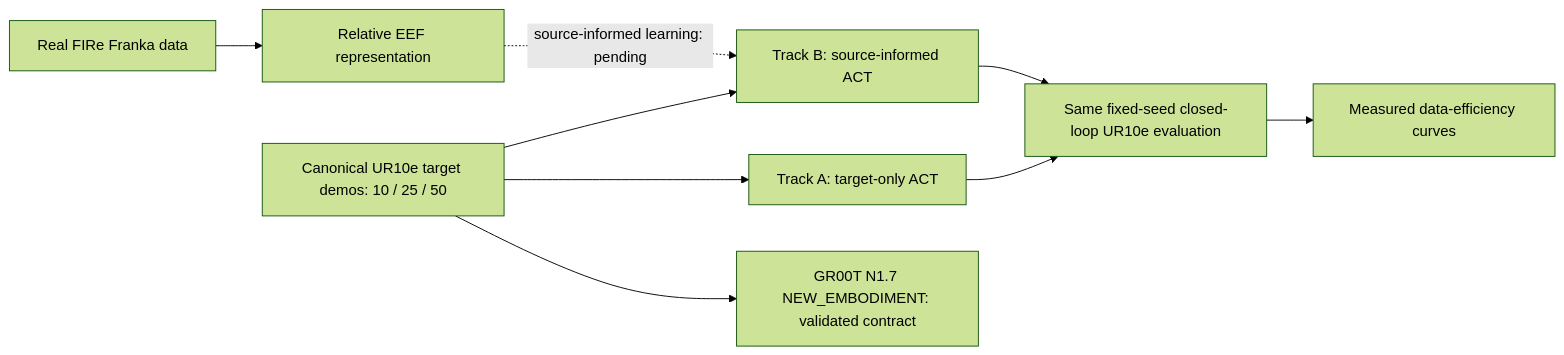
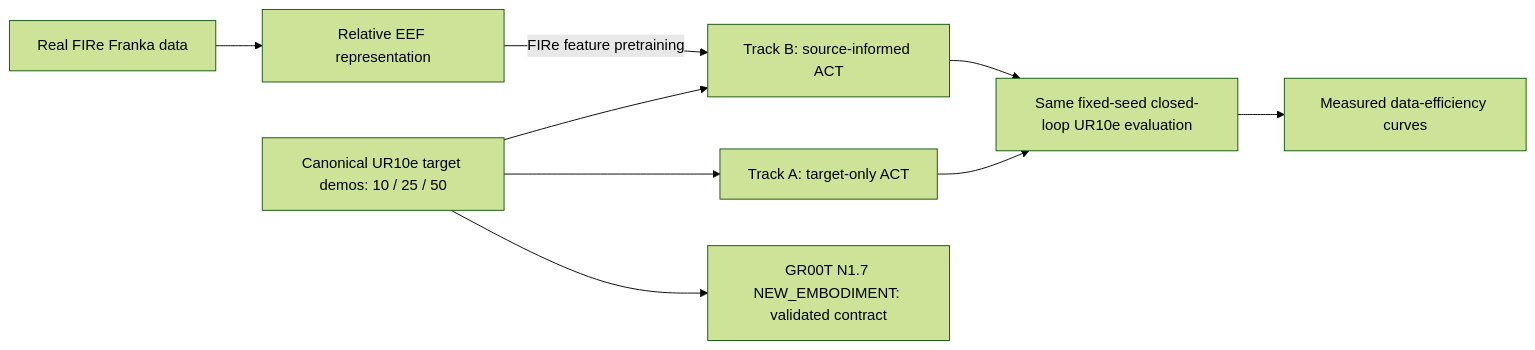
The diagram in README.md (sionchu/cross-embodiment-robot-transfer), drawn with Mermaid (forest theme) before and after one commit. The commit also changed other lines of this file and 7 other files, not shown here.

````diff
--- a/README.md
+++ b/README.md
@@ -23,11 +23,11 @@
 ```mermaid
 flowchart LR
   F[Real FIRe Franka data] --> R[Relative EEF representation]
-  R -. source-informed learning: pending .-> B[Track B: source-informed ACT]
+  R -->|FIRe feature pretraining| B[Track B: source-informed ACT]
   D[Canonical UR10e target demos: 10 / 25 / 50] --> B
   D --> A[Track A: target-only ACT]
   A --> E[Same fixed-seed closed-loop UR10e evaluation]
   B --> E
   E --> C[Measured data-efficiency curves]
   D --> G[GR00T N1.7 NEW_EMBODIMENT: validated contract]
 ```
````
